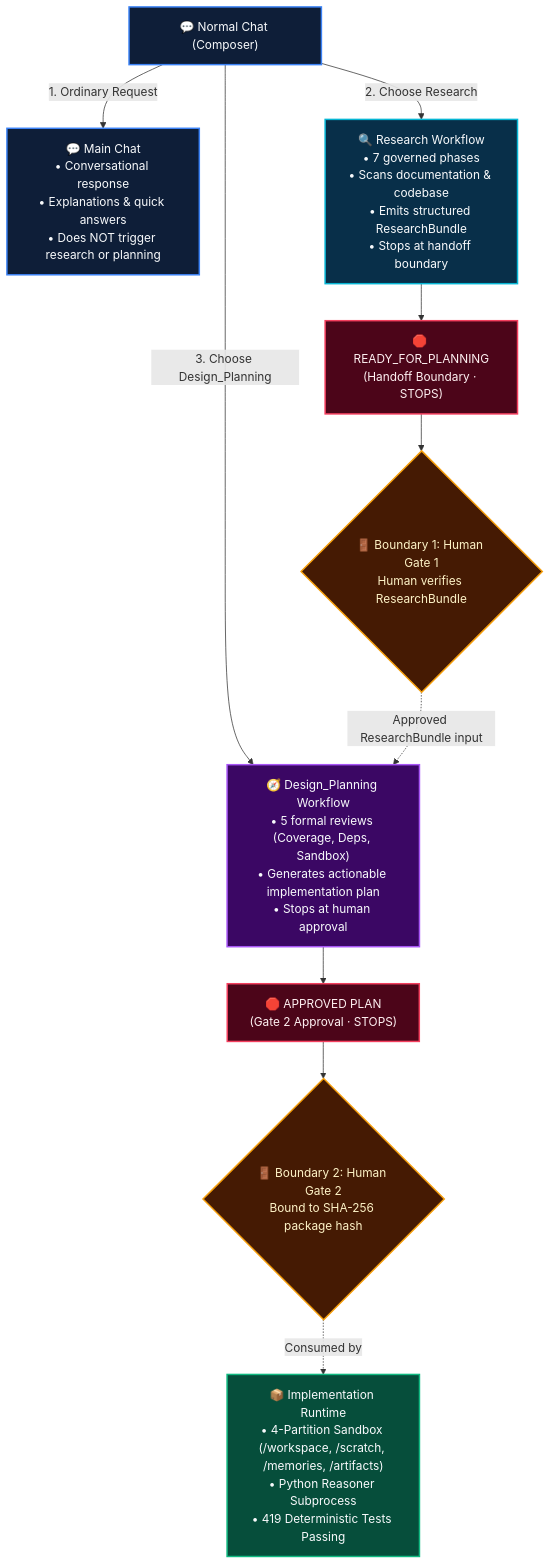
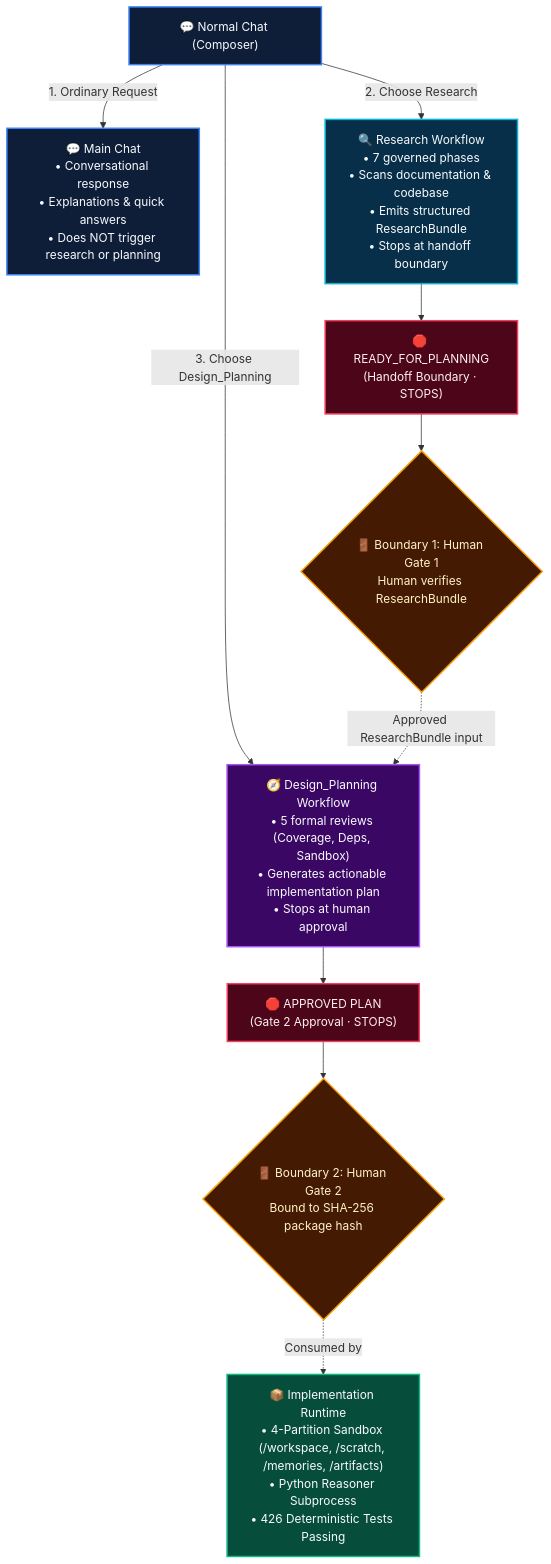
One commit to itz1508/oneshot_e2e changed the diagram in README.md. Above: the diagram before and after it, drawn with Mermaid. The commit also changed other lines of this file and 4 other files, not shown here.

Commit message:
docs: harmonize architecture workflow diagram and update passing test counts across docs and UI

````diff
--- a/README.md
+++ b/README.md
@@ -96,34 +100,34 @@
 ```mermaid
 flowchart TD
     NORMAL_CHAT["💬 Normal Chat (Composer)"]
 
     NORMAL_CHAT -->|"1. Ordinary Request"| MAIN_CHAT["💬 Main Chat\n• Conversational response\n• Explanations & quick answers\n• Does NOT trigger research or planning"]
 
     NORMAL_CHAT -->|"2. Choose Research"| RES_FLOW["🔍 Research Workflow\n• 7 governed phases\n• Scans documentation & codebase\n• Emits structured ResearchBundle\n• Stops at handoff boundary"]
 
     NORMAL_CHAT -->|"3. Choose Design_Planning"| PLAN_FLOW["🧭 Design_Planning Workflow\n• 5 formal reviews (Coverage, Deps, Sandbox)\n• Generates actionable implementation plan\n• Stops at human approval"]
 
     RES_FLOW --> READY_FOR_PLANNING["🛑 READY_FOR_PLANNING\n(Handoff Boundary · STOPS)"]
 
     READY_FOR_PLANNING --> GATE1{"🚪 Boundary 1: Human Gate 1\nHuman verifies ResearchBundle"}
     GATE1 -.->|"Approved ResearchBundle input"| PLAN_FLOW
 
     PLAN_FLOW --> APPROVED_PLAN["🛑 APPROVED PLAN\n(Gate 2 Approval · STOPS)"]
 
     APPROVED_PLAN --> GATE2{"🚪 Boundary 2: Human Gate 2\nBound to SHA-256 package hash"}
-    GATE2 -.->|"Consumed by"| IMPL_RT["📦 Implementation Runtime\n• 4-Partition Sandbox (/workspace, /scratch, /memories, /artifacts)\n• Python Reasoner Subprocess\n• 419 Deterministic Tests Passing"]
+    GATE2 -.->|"Consumed by"| IMPL_RT["📦 Implementation Runtime\n• 4-Partition Sandbox (/workspace, /scratch, /memories, /artifacts)\n• Python Reasoner Subprocess\n• 426 Deterministic Tests Passing"]
 
     classDef chat fill:#0e1e38,stroke:#3b82f6,stroke-width:2px,color:#f8fafc;
     classDef res fill:#082f49,stroke:#06b6d4,stroke-width:2px,color:#f8fafc;
     classDef plan fill:#3b0764,stroke:#a855f7,stroke-width:2px,color:#f8fafc;
     classDef stop fill:#4c0519,stroke:#f43f5e,stroke-width:2px,color:#fff1f2;
     classDef exec fill:#064e3b,stroke:#10b981,stroke-width:2px,color:#f8fafc;
     classDef gate fill:#451a03,stroke:#f59e0b,stroke-width:2px,color:#fef3c7;
 
     class NORMAL_CHAT,MAIN_CHAT chat;
     class RES_FLOW res;
     class PLAN_FLOW plan;
     class READY_FOR_PLANNING,APPROVED_PLAN stop;
     class IMPL_RT exec;
     class GATE1,GATE2 gate;
 ```
````
